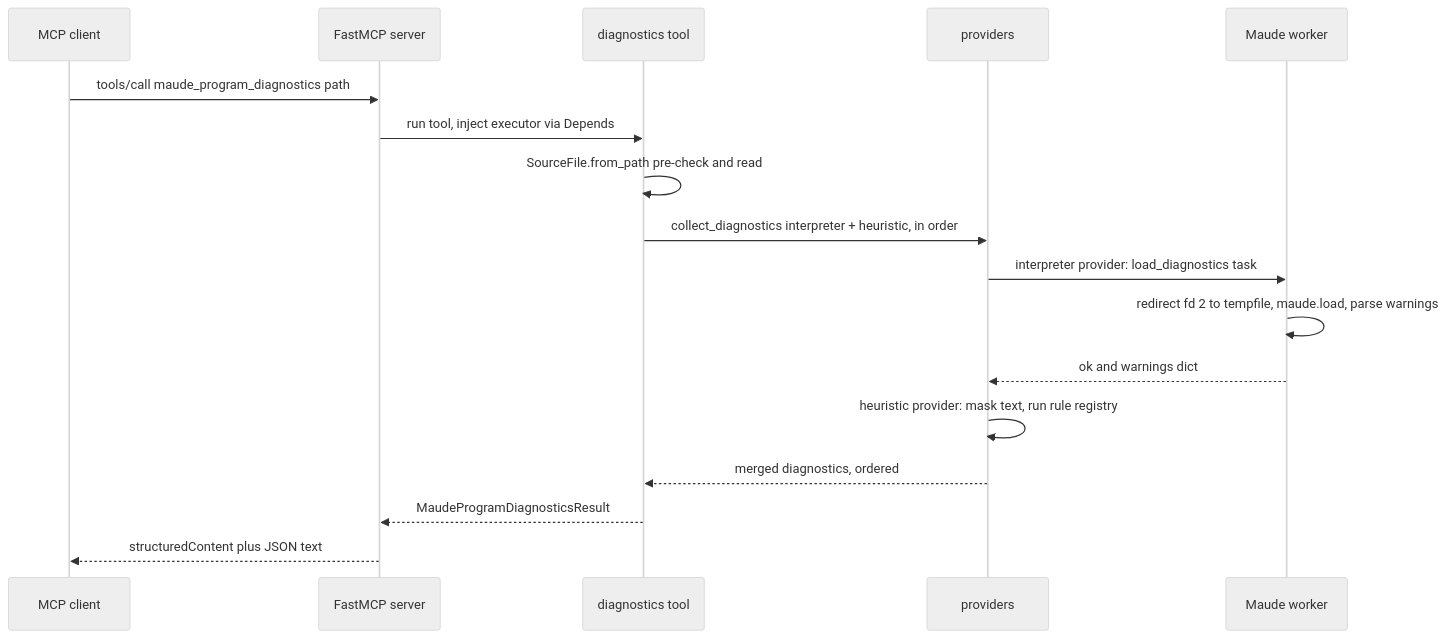
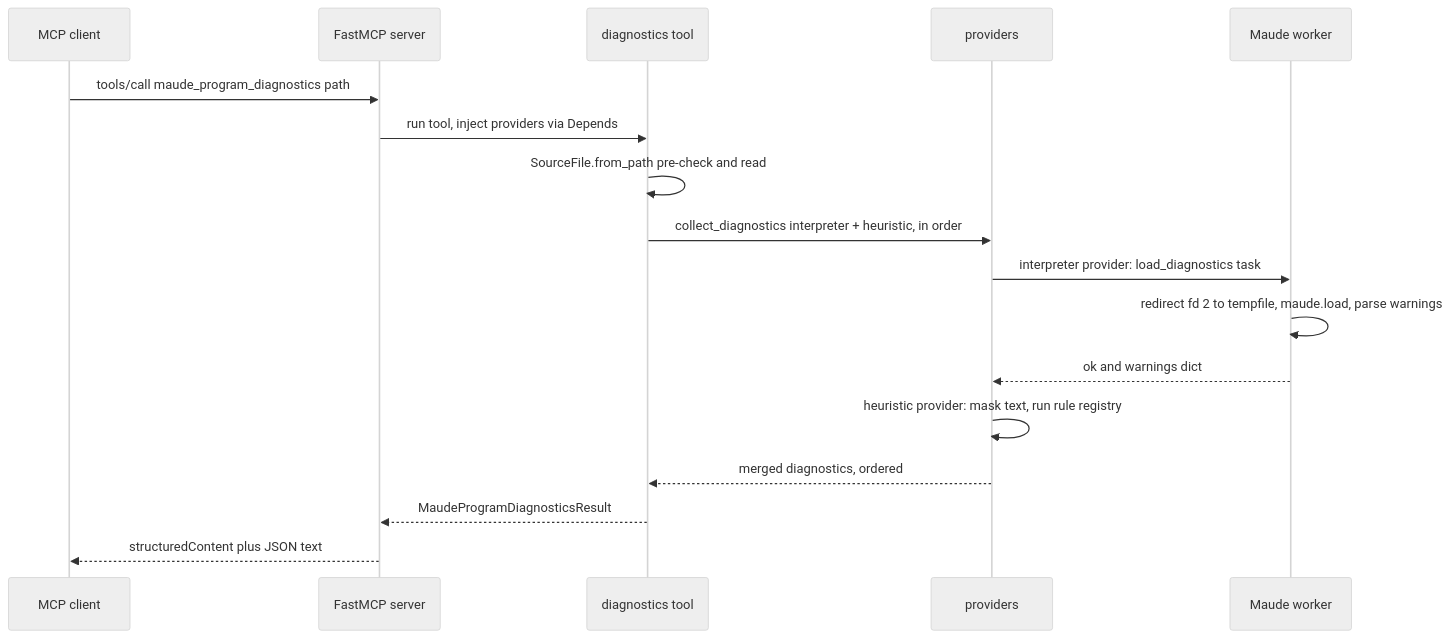
Before and after one commit to demiourgoi/Harold: the diagram in harold-mcp/.agents/summary/interfaces.md, drawn with Mermaid (neutral theme). The commit also changed other lines of this file and 8 other files, not shown here.

````diff
--- a/harold-mcp/.agents/summary/interfaces.md
+++ b/harold-mcp/.agents/summary/interfaces.md
@@ -52,19 +53,19 @@
 ```mermaid
 sequenceDiagram
     participant C as MCP client
     participant F as FastMCP server
     participant T as diagnostics tool
     participant P as providers
     participant W as Maude worker
     C->>F: tools/call maude_program_diagnostics path
-    F->>T: run tool, inject executor via Depends
+    F->>T: run tool, inject providers via Depends
     T->>T: SourceFile.from_path pre-check and read
     T->>P: collect_diagnostics interpreter + heuristic, in order
     P->>W: interpreter provider: load_diagnostics task
     W->>W: redirect fd 2 to tempfile, maude.load, parse warnings
     W-->>P: ok and warnings dict
     P->>P: heuristic provider: mask text, run rule registry
     P-->>T: merged diagnostics, ordered
     T-->>F: MaudeProgramDiagnosticsResult
     F-->>C: structuredContent plus JSON text
 ```
````
